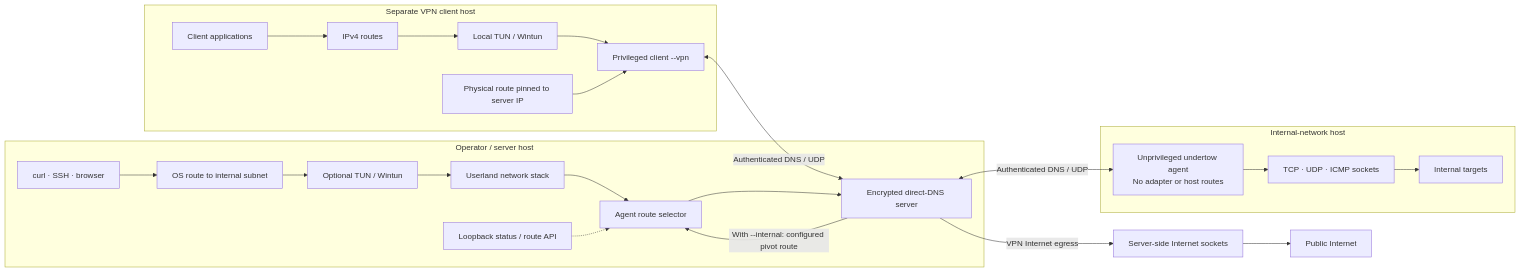
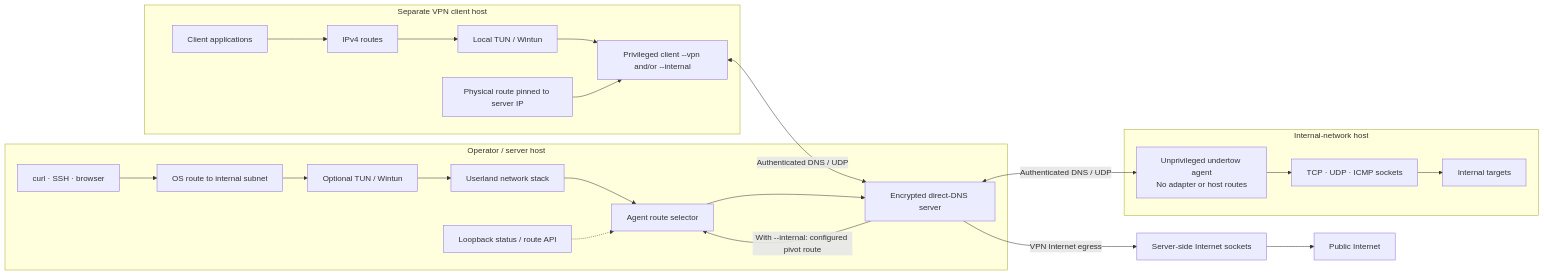
The diagram in README.md (0xP1ckl3d/Undertow), drawn with Mermaid before and after one commit. The commit also changed other lines of this file and 8 other files, not shown here.

Commit message:
Support internal-only client routing

````diff
--- a/README.md
+++ b/README.md
@@ -7,32 +7,32 @@
 ```mermaid
 flowchart LR
   subgraph Operator["Operator / server host"]
     Tools["curl · SSH · browser"] --> Route["OS route to internal subnet"]
     Route --> ProxyTUN["Optional TUN / Wintun"]
     ProxyTUN --> Stack["Userland network stack"]
     Stack --> Selector["Agent route selector"]
     DNS["Encrypted direct-DNS server"]
     Control["Loopback status / route API"]
     Selector --> DNS
   end
 
   subgraph AgentHost["Internal-network host"]
     Agent["Unprivileged undertow agent<br/>No adapter or host routes"] --> Sockets["TCP · UDP · ICMP sockets"]
     Sockets --> Internal["Internal targets"]
   end
 
   subgraph VPNHost["Separate VPN client host"]
     Apps["Client applications"] --> VPNRoute["IPv4 routes"]
     VPNRoute --> ClientTUN["Local TUN / Wintun"]
-    ClientTUN --> VPN["Privileged client --vpn"]
+    ClientTUN --> VPN["Privileged client --vpn and/or --internal"]
     Physical["Physical route pinned to server IP"] --> VPN
   end
 
   DNS <-->|"Authenticated DNS / UDP"| Agent
   VPN <-->|"Authenticated DNS / UDP"| DNS
   DNS -->|"VPN Internet egress"| ServerSockets["Server-side Internet sockets"]
   ServerSockets --> Internet["Public Internet"]
   DNS -->|"With --internal: configured pivot route"| Selector
 
   Control -.-> Selector
 ```
````
